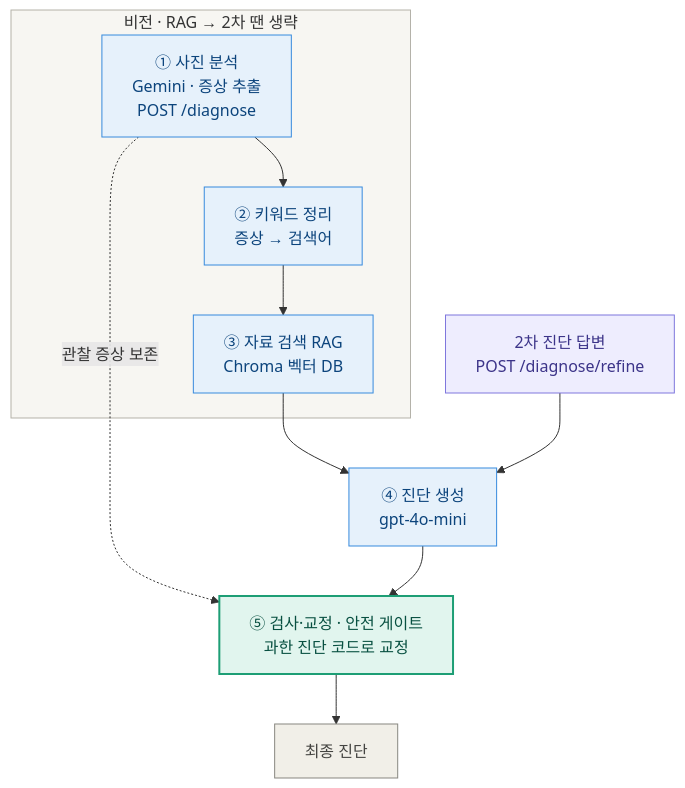
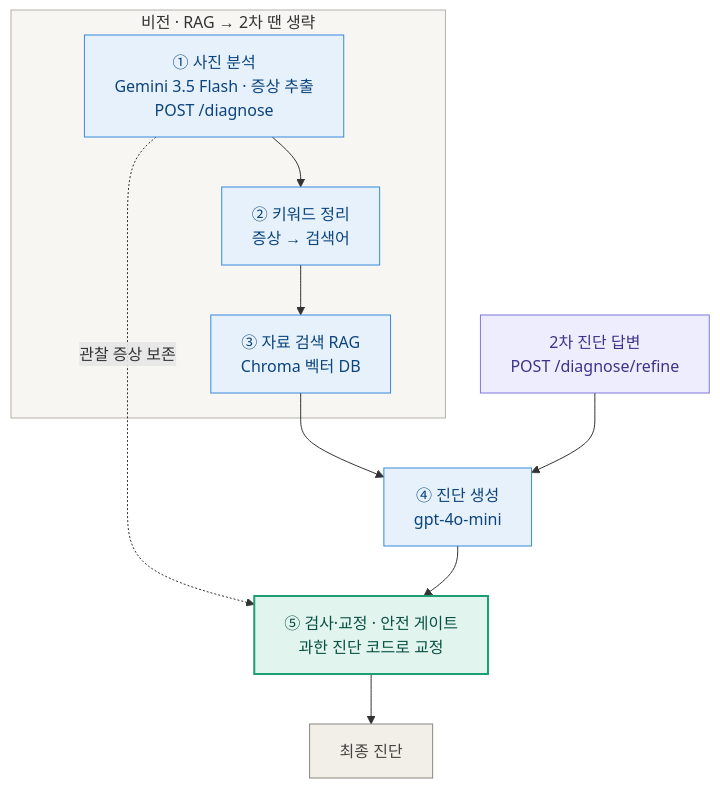
The second of 2 diagrams in README.md (rangedayo/plant-diagnosis), drawn with Mermaid before and after one commit. The commit also changed other lines of this file, not shown here.

Commit message:
docs: README 조사 오타 수정 + 사진 분석 모델 버전 명시(Gemini 3.5 Flash)

````diff
--- a/README.md
+++ b/README.md
@@ -81,27 +81,27 @@
 ```mermaid
 flowchart TB
     subgraph SKIP["비전 · RAG → 2차 땐 생략"]
-        A["① 사진 분석<br/>Gemini · 증상 추출<br/>POST /diagnose"]
+        A["① 사진 분석<br/>Gemini 3.5 Flash · 증상 추출<br/>POST /diagnose"]
         K["② 키워드 정리<br/>증상 → 검색어"]
         RET["③ 자료 검색 RAG<br/>Chroma 벡터 DB"]
         A --> K --> RET
     end
 
     RET --> G["④ 진단 생성<br/>gpt-4o-mini"]
     G --> SG["⑤ 검사·교정 · 안전 게이트<br/>과한 진단 코드로 교정"]
     SG --> OUT["최종 진단"]
 
     REF["2차 진단 답변<br/>POST /diagnose/refine"] --> G
     A -. 관찰 증상 보존 .-> SG
 
     style SKIP fill:#F7F6F2,stroke:#B4B2A9
     classDef io fill:#F1EFE8,stroke:#888780,color:#444441
     classDef proc fill:#E6F1FB,stroke:#378ADD,color:#0C447C
     classDef gate fill:#E1F5EE,stroke:#1D9E75,color:#085041,stroke-width:2px
     classDef refine fill:#EEEDFE,stroke:#7F77DD,color:#3C3489
 
     class OUT io
     class A,K,RET,G proc
     class SG gate
     class REF refine
 ```
````
